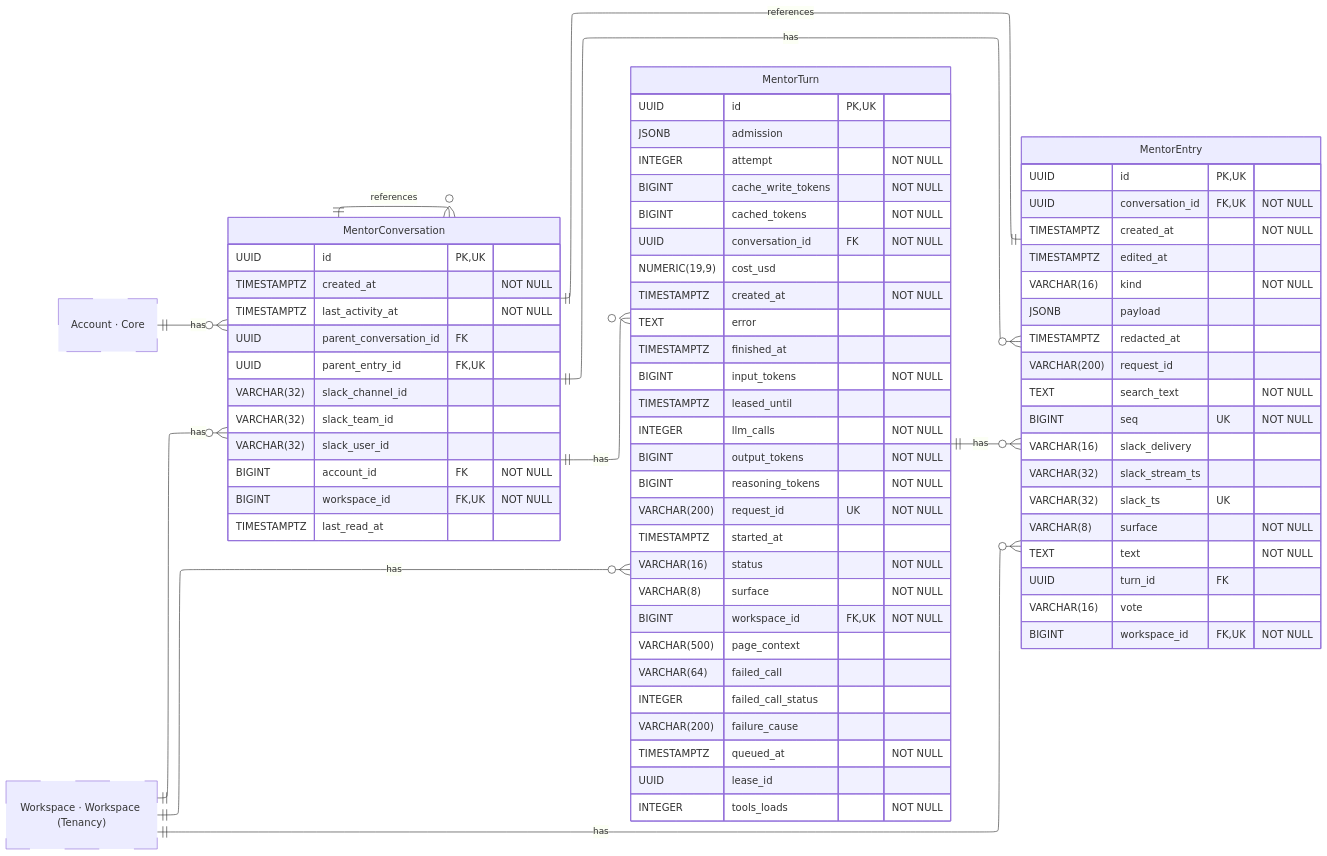
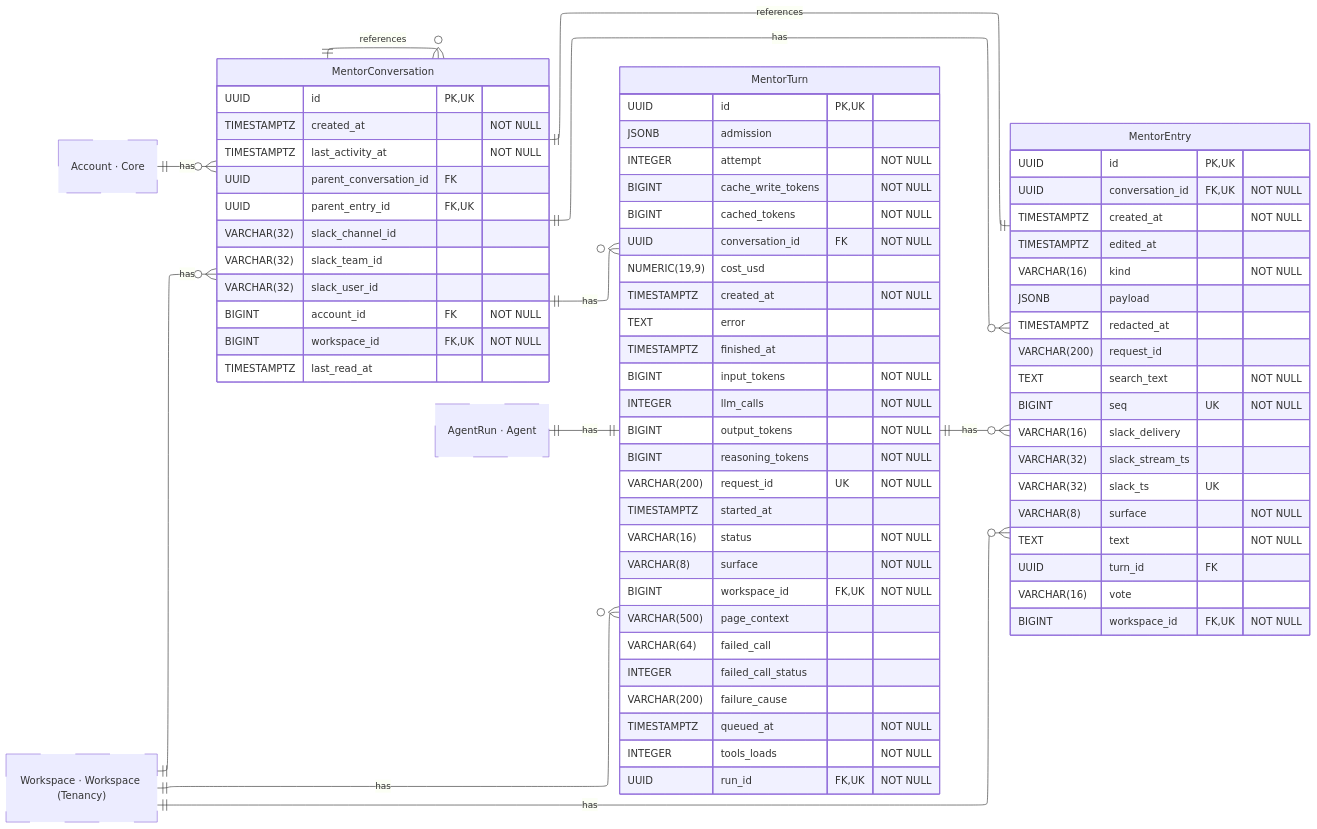
One commit to hephaestus-build/Hephaestus changed the diagram in docs/contributor/erd/mentor.mmd. Above: the diagram before and after it, drawn with Mermaid. The commit also changed 144 other files, not shown here.

First line of the commit message:
feat(server): conversation turns run on agent runs

```diff
--- a/docs/contributor/erd/mentor.mmd
+++ b/docs/contributor/erd/mentor.mmd
@@ -1,101 +1,103 @@
 ---
 config:
     layout: elk
 ---
 erDiagram
     %% Generated automatically from PostgreSQL database schema
     %% using scripts/generate-mermaid-erd.ts
     %% To regenerate: vp run db:generate-erd-docs
 
     direction LR
 
     MentorConversation {
         UUID id PK,UK
         TIMESTAMPTZ created_at "NOT NULL"
         TIMESTAMPTZ last_activity_at "NOT NULL"
         UUID parent_conversation_id FK
         UUID parent_entry_id FK,UK
         VARCHAR(32) slack_channel_id
         VARCHAR(32) slack_team_id
         VARCHAR(32) slack_user_id
         BIGINT account_id FK "NOT NULL"
         BIGINT workspace_id FK,UK "NOT NULL"
         TIMESTAMPTZ last_read_at
     }
 
     MentorEntry {
         UUID id PK,UK
         UUID conversation_id FK,UK "NOT NULL"
         TIMESTAMPTZ created_at "NOT NULL"
         TIMESTAMPTZ edited_at
         VARCHAR(16) kind "NOT NULL"
         JSONB payload
         TIMESTAMPTZ redacted_at
         VARCHAR(200) request_id
         TEXT search_text "NOT NULL"
         BIGINT seq UK "NOT NULL"
         VARCHAR(16) slack_delivery
         VARCHAR(32) slack_stream_ts
         VARCHAR(32) slack_ts UK
         VARCHAR(8) surface "NOT NULL"
         TEXT text "NOT NULL"
         UUID turn_id FK
         VARCHAR(16) vote
         BIGINT workspace_id FK,UK "NOT NULL"
     }
 
     MentorTurn {
         UUID id PK,UK
         JSONB admission
         INTEGER attempt "NOT NULL"
         BIGINT cache_write_tokens "NOT NULL"
         BIGINT cached_tokens "NOT NULL"
         UUID conversation_id FK "NOT NULL"
         NUMERIC(19,9) cost_usd
         TIMESTAMPTZ created_at "NOT NULL"
         TEXT error
         TIMESTAMPTZ finished_at
         BIGINT input_tokens "NOT NULL"
-        TIMESTAMPTZ leased_until
         INTEGER llm_calls "NOT NULL"
         BIGINT output_tokens "NOT NULL"
         BIGINT reasoning_tokens "NOT NULL"
         VARCHAR(200) request_id UK "NOT NULL"
         TIMESTAMPTZ started_at
         VARCHAR(16) status "NOT NULL"
         VARCHAR(8) surface "NOT NULL"
         BIGINT workspace_id FK,UK "NOT NULL"
         VARCHAR(500) page_context
         VARCHAR(64) failed_call
         INTEGER failed_call_status
         VARCHAR(200) failure_cause
         TIMESTAMPTZ queued_at "NOT NULL"
-        UUID lease_id
         INTEGER tools_loads "NOT NULL"
+        UUID run_id FK,UK "NOT NULL"
     }
 
     Account["Account · Core"]
+    AgentRun["AgentRun · Agent"]
     Workspace["Workspace · Workspace (Tenancy)"]
 
     %% Relationships
     %% One-to-One relationships
     MentorEntry ||--|| MentorConversation : references
+    AgentRun ||--|| MentorTurn : has
 
     %% One-to-Many relationships
     Account ||--o{ MentorConversation : has
     MentorConversation ||--o{ MentorConversation : references
     Workspace ||--o{ MentorConversation : has
     MentorConversation ||--o{ MentorEntry : has
     MentorTurn ||--o{ MentorEntry : has
     Workspace ||--o{ MentorEntry : has
     MentorConversation ||--o{ MentorTurn : has
     Workspace ||--o{ MentorTurn : has
 
     %% Styling
     classDef primaryEntity stroke:#0288d1,stroke-width:2px
     classDef associationEntity stroke:#8e24aa,stroke-width:2px
     classDef metadataEntity stroke:#43a047,stroke-width:2px
     classDef referenceEntity stroke-dasharray:5 5
 
     class Account referenceEntity
+    class AgentRun referenceEntity
     class Workspace referenceEntity
```
